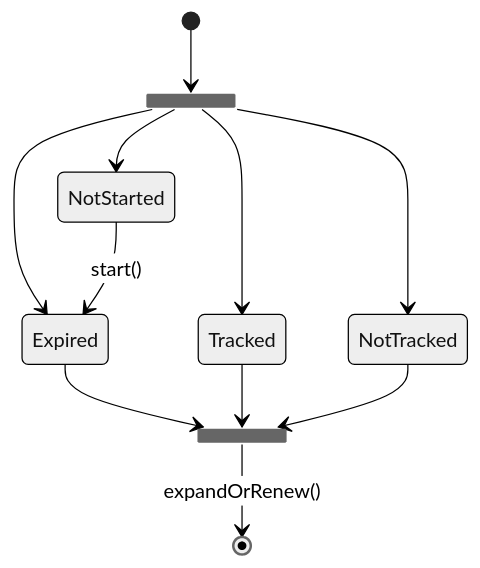
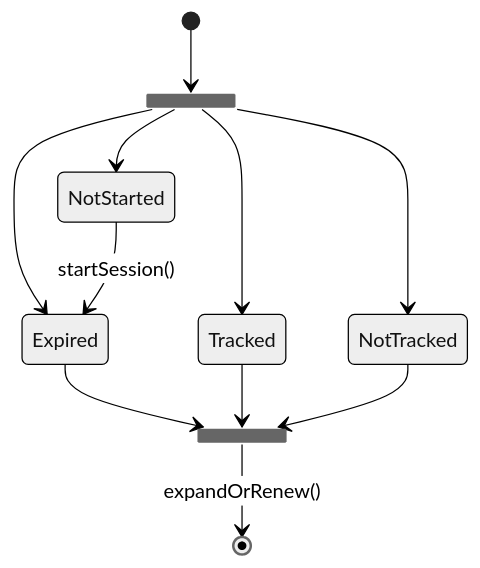
One commit to DataDog/browser-sdk changed the first of 8 diagrams in packages/core/src/domain/session/README.md. Above: the diagram before and after it, drawn with Mermaid (neutral theme). The commit also changed other lines of this file and 3 other files, not shown here.

````diff
--- a/packages/core/src/domain/session/README.md
+++ b/packages/core/src/domain/session/README.md
@@ -17,18 +23,18 @@
 ```mermaid
 stateDiagram-v2
 state fork_state <<fork>>
 state fork_state2 <<fork>>
 
 [*] --> fork_state
 
 fork_state --> NotStarted
 fork_state --> Expired
 fork_state --> Tracked
 fork_state --> NotTracked
-NotStarted --> Expired: start()
+NotStarted --> Expired: startSession()
 
 Expired --> fork_state2
 Tracked --> fork_state2
 NotTracked --> fork_state2
 fork_state2 --> [*]: expandOrRenew()
 ```
````
